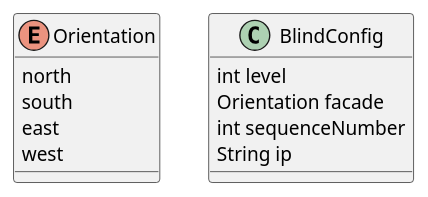
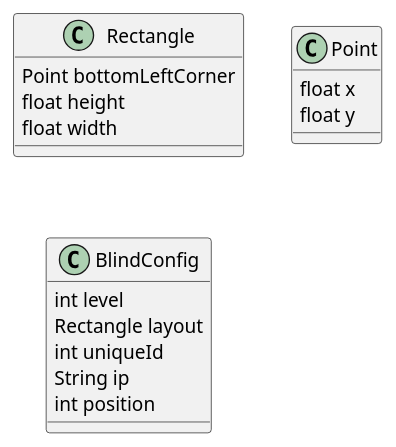
Before and after one commit to k-phi/M5Core2BlindsController: the diagram in documentation/diagrams/blind-configuration.puml, drawn with PlantUML. The commit also changed 5 other files, not shown here.

Commit message:
Update architecture according to latest insights

```diff
--- a/documentation/diagrams/blind-configuration.puml
+++ b/documentation/diagrams/blind-configuration.puml
@@ -1,17 +1,22 @@
 @startuml Blind Configuration
 
-enum Orientation {
-    north
-    south
-    east
-    west
+class Rectangle {
+    Point bottomLeftCorner
+    float height 
+    float width
+}
+
+class Point {
+    float x
+    float y
 }
 
 class BlindConfig {
     int level
-    Orientation facade
-    int sequenceNumber
+    Rectangle layout
+    int uniqueId
     String ip
+    int position
 }
 
 @enduml
```
